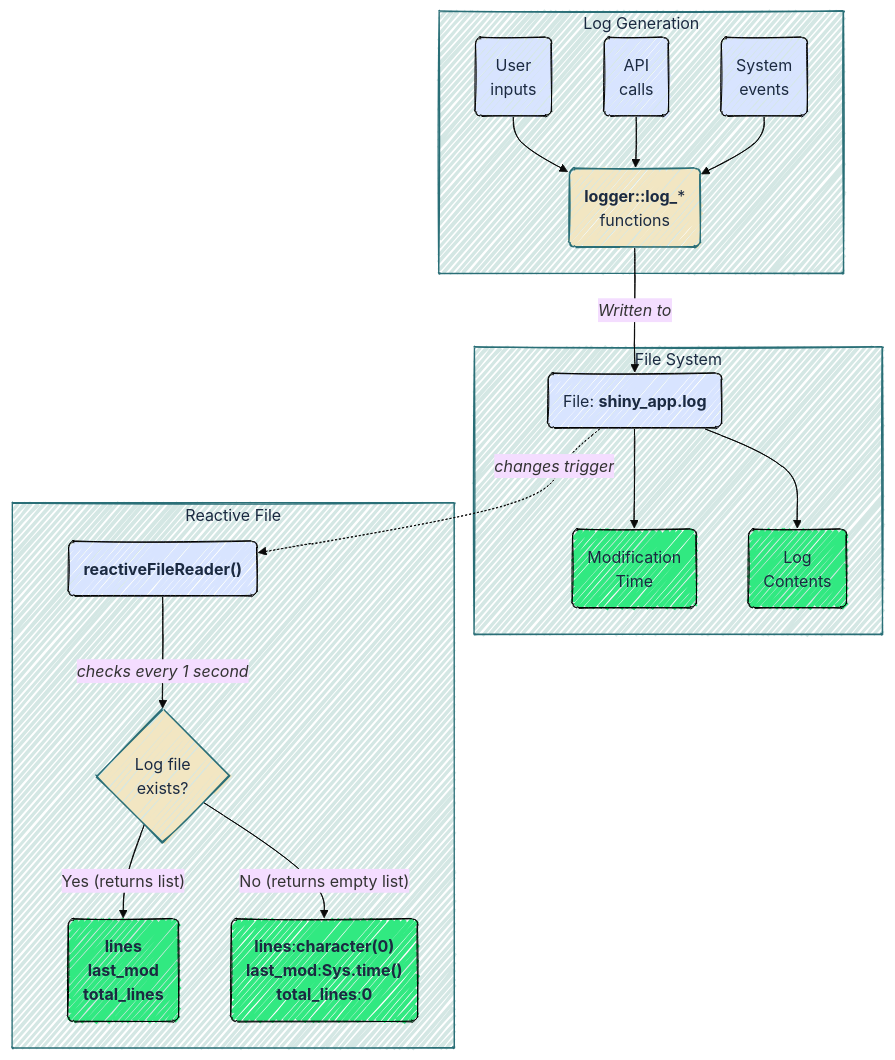
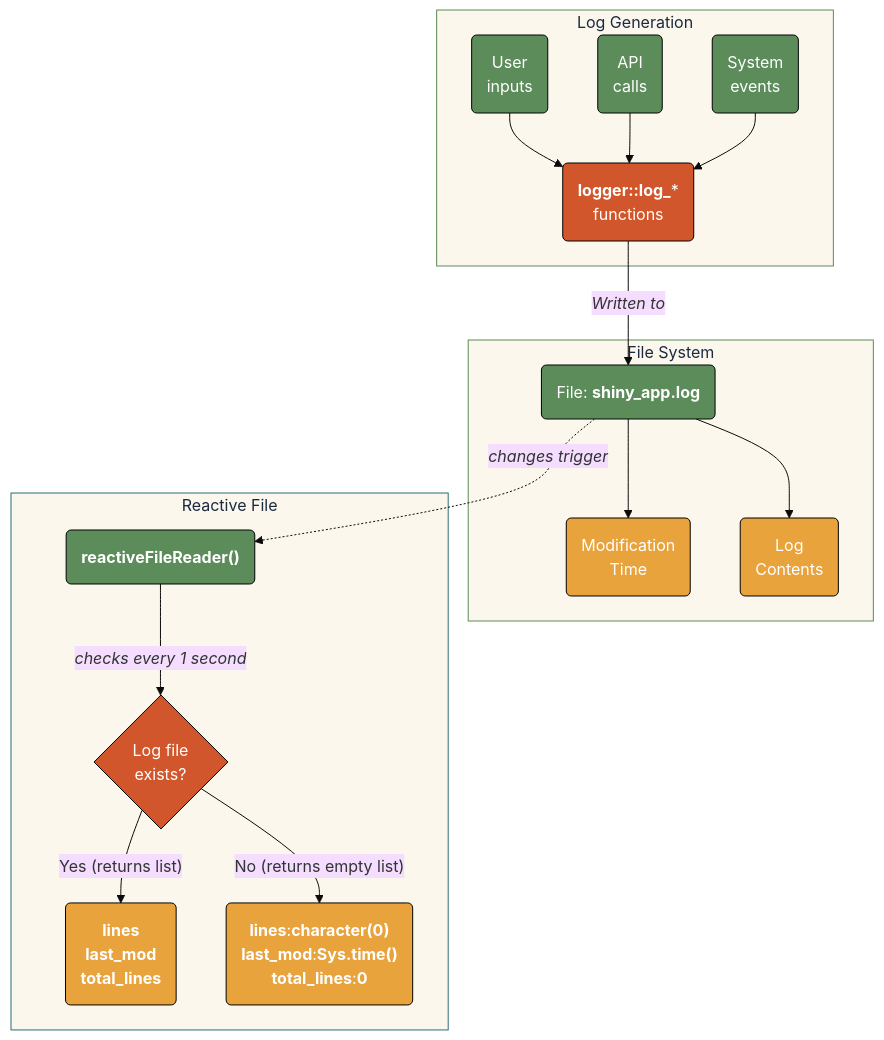
Before and after one commit to mjfrigaard/do4ds-labs: the second of 3 diagrams in app-log-r.qmd, drawn with Mermaid. The commit also changed other lines of this file and 48 other files, not shown here.

````diff
--- a/app-log-r.qmd
+++ b/app-log-r.qmd
@@ -555,53 +549,53 @@
 ```{mermaid}
 %%| fig-cap: 'Logging in Server'
-%%| fig-align: center
+%%| fig-align: 'center'
 %%| fig-width: 7.0
-%%{init: {'theme': 'base', 'look': 'handDrawn', 'themeVariables': {'fontFamily': 'monospace'}}}%%
+%%{init: {'theme': 'base', 'themeVariables': {'fontFamily': 'monospace'}}}%%
 
 flowchart TD
 	 subgraph User["Log Generation"]
 		Q("User<br>inputs")
 		R("API<br>calls")
 		S("System<br>events")
-		%% T@{ shape: rect, label: "<strong>logger::log_</strong>*<br>functions" }
 		T("<strong>logger::log_</strong>*<br>functions")
 	  end
 
     Q --> T
     R --> T
     S --> T
     T -- "<em>Written to</em>"--> A
 
 	 subgraph FileSys["File System"]
 		A("File: <strong>shiny_app.log</strong>")
 		A1("Modification<br>Time")
 		A2("Log<br>Contents")
 	 end
   
     A --> A1 & A2
     A -."<em>changes trigger</em>".-> B
 
 	subgraph ReactFile["Reactive File"]
 		B("<strong>reactiveFileReader() </strong>")
 		C{"Log file<br>exists?"}
 		D("<strong>lines<br>last_mod<br>total_lines</strong>")
 		E("<strong>lines</strong>:<strong>character(0)</strong><br><strong>last_mod</strong>:<strong>Sys.time()</strong><br><strong>total_lines</strong>:<strong>0</strong>")
 	end
     
     B --"<em>checks every 1 second</em>"--> C
     C -- Yes (returns list)--> D
     C -- No (returns empty list)--> E
 
     
     
-    classDef log fill:#d8e4ff,stroke:#000,stroke-width:1px
+    classDef log fill:#5B8C5A,stroke:#000000,stroke-width:1px,color:#ffffff
     class A,B,Q,R,S log
-    
-    classDef outcome fill:#31e981,stroke:#000,stroke-width:1px
+
+    classDef outcome fill:#E8A33D,stroke:#000000,stroke-width:1px,color:#ffffff
     class D,E,A1,A2 outcome
-    classDef default fill:#F2E6C2,stroke:#2A6F77,color:#1B2A41
-    style User fill:#d4e7e4,stroke:#2A6F77,color:#1B2A41
-    style FileSys fill:#d4e7e4,stroke:#2A6F77,color:#1B2A41
-    style ReactFile fill:#d4e7e4,stroke:#2A6F77,color:#1B2A41
+    style T fill:#D2562B,stroke:#000000,stroke-width:1px,color:#ffffff
+    style C fill:#D2562B,stroke:#000000,stroke-width:1px,color:#ffffff
+    style User fill:#fbf7ec,stroke:#5B8C5A,color:#1B2A41
+    style FileSys fill:#fbf7ec,stroke:#5B8C5A,color:#1B2A41
+    style ReactFile fill:#fbf7ec,stroke:#2A6F77,color:#1B2A41
     
 ```
````
